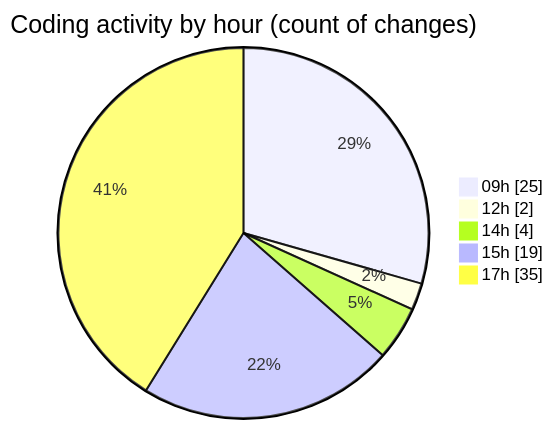
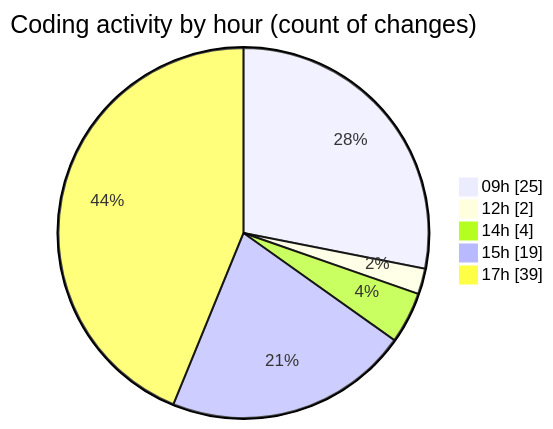
Before and after one commit to julien-gomy/code-tracking: the second of 2 diagrams in 2025-11-12/eventscop-frontend-guide__workspace_/README.md, drawn with Mermaid. The commit also changed other lines of this file and 1 other file, not shown here.

````diff
--- a/2025-11-12/eventscop-frontend-guide__workspace_/README.md
+++ b/2025-11-12/eventscop-frontend-guide__workspace_/README.md
@@ -54,9 +54,9 @@
 ```mermaid
 pie showData
 title Coding activity by hour (count of changes)
 "09h" : 25
 "12h" : 2
 "14h" : 4
 "15h" : 19
-"17h" : 35
+"17h" : 39
 ```
````
